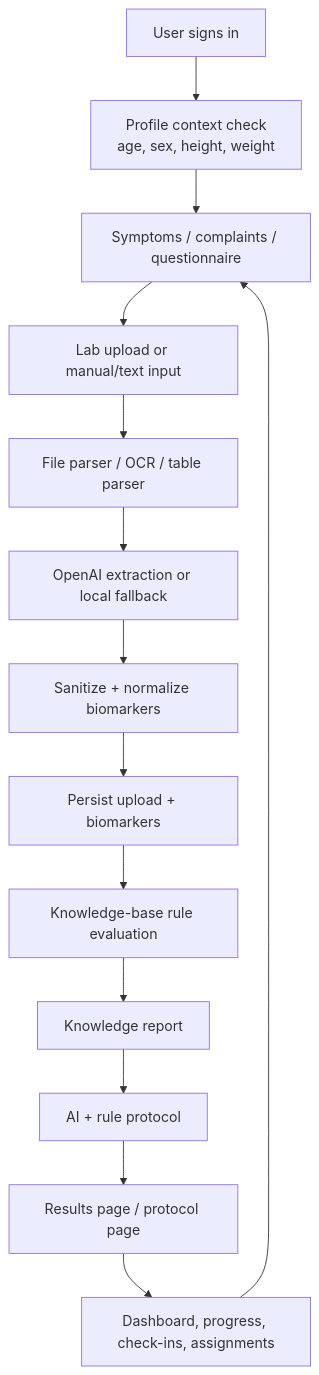
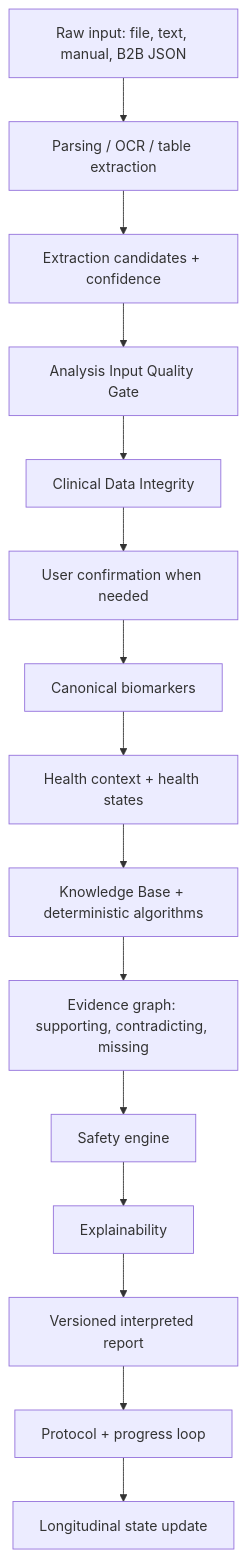
Before and after one commit to softdabtech/vitaloop: the second of 2 diagrams in docs/VITALOOP_LAB_ANALYSIS_PIPELINE.md, drawn with Mermaid. The commit also changed other lines of this file and 92 other files, not shown here.

Commit message:
Implement health intelligence quality gates and report UX

````diff
--- a/docs/VITALOOP_LAB_ANALYSIS_PIPELINE.md
+++ b/docs/VITALOOP_LAB_ANALYSIS_PIPELINE.md
@@ -21,16 +809,17 @@
 ```mermaid
 flowchart TD
-  A["User signs in"] --> B["Profile context check<br/>age, sex, height, weight"]
-  B --> C["Symptoms / complaints / questionnaire"]
-  C --> D["Lab upload or manual/text input"]
-  D --> E["File parser / OCR / table parser"]
-  E --> F["OpenAI extraction or local fallback"]
-  F --> G["Sanitize + normalize biomarkers"]
-  G --> H["Persist upload + biomarkers"]
-  H --> I["Knowledge-base rule evaluation"]
-  I --> J["Knowledge report"]
-  J --> K["AI + rule protocol"]
-  K --> L["Results page / protocol page"]
-  L --> M["Dashboard, progress, check-ins, assignments"]
-  M --> C
+  A["Raw input: file, text, manual, B2B JSON"] --> B["Parsing / OCR / table extraction"]
+  B --> C["Extraction candidates + confidence"]
+  C --> D["Analysis Input Quality Gate"]
+  D --> E["Clinical Data Integrity"]
+  E --> F["User confirmation when needed"]
+  F --> G["Canonical biomarkers"]
+  G --> H["Health context + health states"]
+  H --> I["Knowledge Base + deterministic algorithms"]
+  I --> J["Evidence graph: supporting, contradicting, missing"]
+  J --> K["Safety engine"]
+  K --> L["Explainability"]
+  L --> M["Versioned interpreted report"]
+  M --> N["Protocol + progress loop"]
+  N --> O["Longitudinal state update"]
 ```
````
